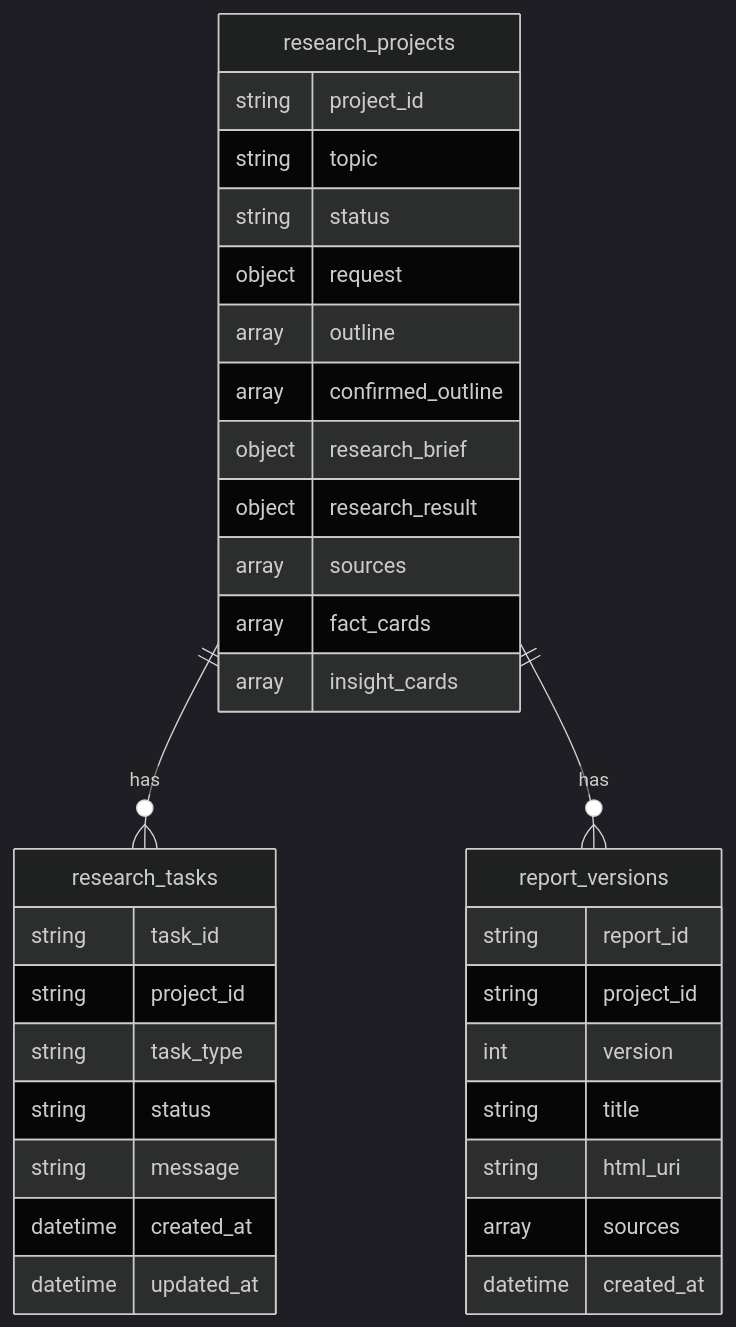
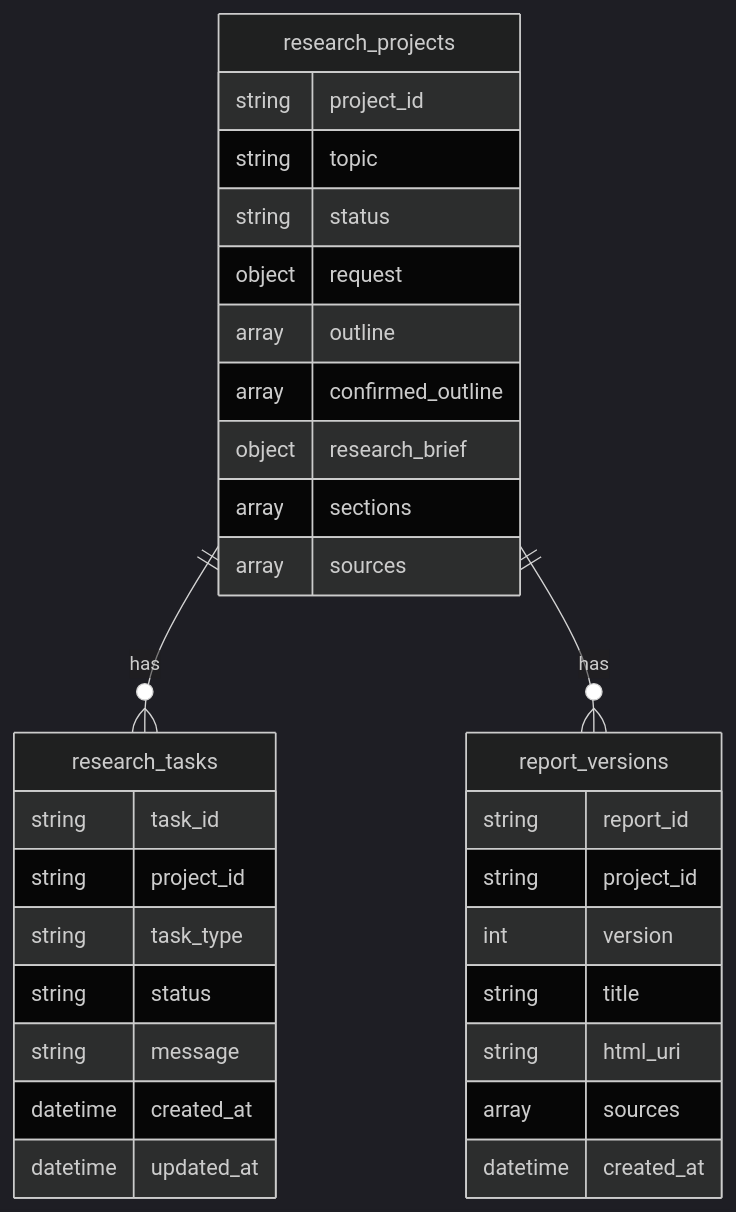
Before and after one commit to JxKim/DeepResearch: the third of 3 diagrams in 最终课件/02_异步任务构建和数据存储.md, drawn with Mermaid (dark theme). The commit also changed other lines of this file and 28 other files, not shown here.

````diff
--- a/最终课件/02_异步任务构建和数据存储.md
+++ b/最终课件/02_异步任务构建和数据存储.md
@@ -686,39 +545,37 @@
 ```mermaid
 erDiagram
     research_projects ||--o{ research_tasks : has
     research_projects ||--o{ report_versions : has
 
     research_projects {
         string project_id
         string topic
         string status
         object request
         array outline
         array confirmed_outline
         object research_brief
-        object research_result
+        array sections
         array sources
-        array fact_cards
-        array insight_cards
     }
 
     research_tasks {
         string task_id
         string project_id
         string task_type
         string status
         string message
         datetime created_at
         datetime updated_at
     }
 
     report_versions {
         string report_id
         string project_id
         int version
         string title
         string html_uri
         array sources
         datetime created_at
     }
 ```
````
